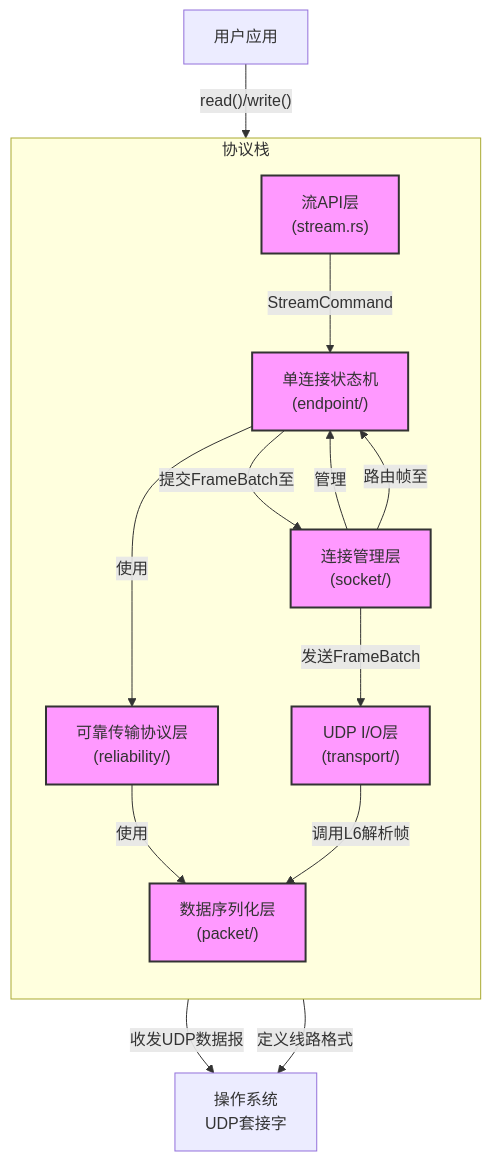
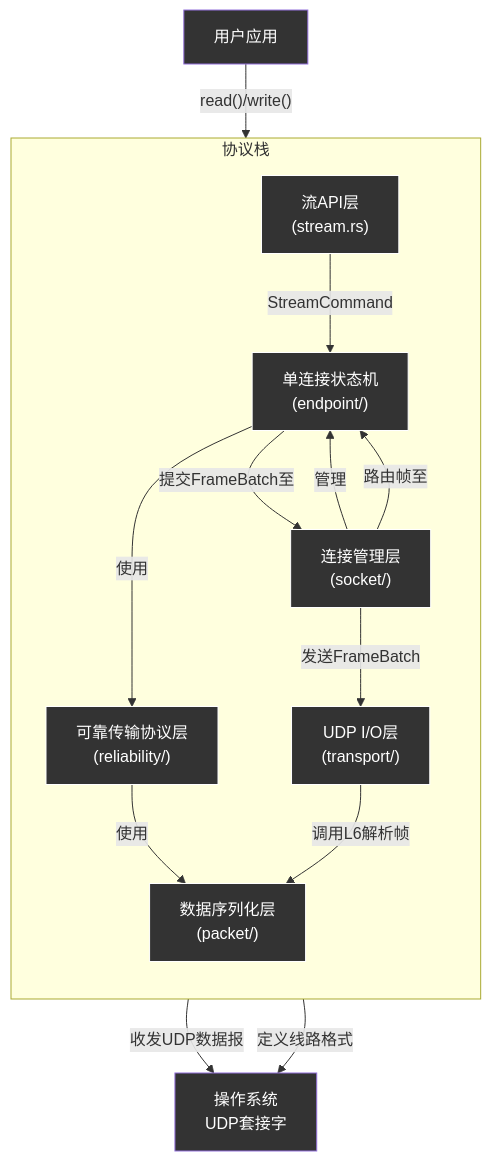
The diagram in docs/src/dev-docs/components/README.md (ShaoG-R/kestrel-protocol), drawn with Mermaid before and after one commit. The commit also changed 5 other files, not shown here.

````diff
--- a/docs/src/dev-docs/components/README.md
+++ b/docs/src/dev-docs/components/README.md
@@ -9,31 +9,33 @@
 ```mermaid
 graph TD
     A["用户应用"]
     
     subgraph "协议栈"
         direction TB
         L1["流API层<br>(stream.rs)"]
         L2["连接管理层<br>(socket/)"]
         L3["单连接状态机<br>(endpoint/)"]
         L4["可靠传输协议层<br>(reliability/)"]
         L5["UDP I/O层<br>(transport/)"]
         L6["数据序列化层<br>(packet/)"]
     end
     
     B["操作系统<br>UDP套接字"]
 
     A -- "read()/write()" --> L1
     L1 -- "StreamCommand" --> L3
     L2 -- "管理" --> L3
     L2 -- "路由帧至" --> L3
     L3 -- "使用" --> L4
     L3 -- "提交FrameBatch至" --> L2
     L2 -- "发送FrameBatch" --> L5
     L4 -- "使用" --> L6
     L5 -- "收发UDP数据报" --> B
     L5 -- "调用L6解析帧" --> L6
     L6 -- "定义线路格式" --> B
 
-    classDef layer fill:#f9f,stroke:#333,stroke-width:2px;
+    style A fill:#333,color:#fff
+    style B fill:#333,color:#fff
+    classDef layer fill:#333,color:#fff,stroke:#fff,stroke-width:1px;
     class L1,L2,L3,L4,L5,L6 layer;
 ```
````
